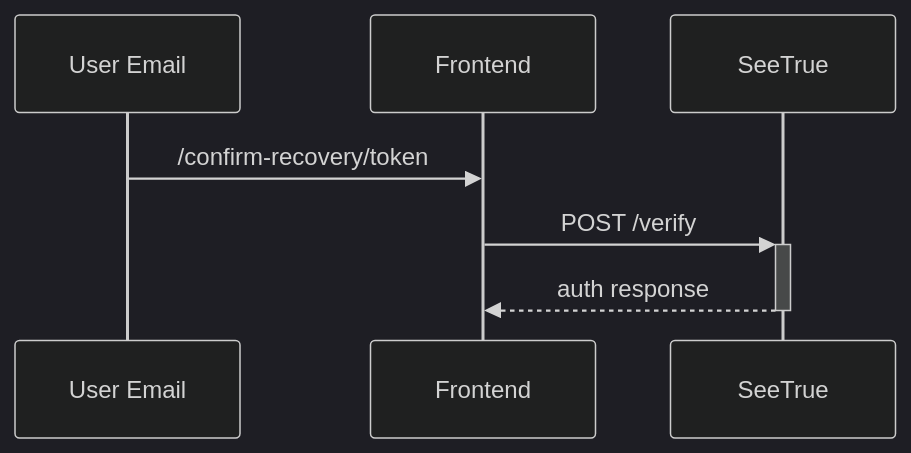
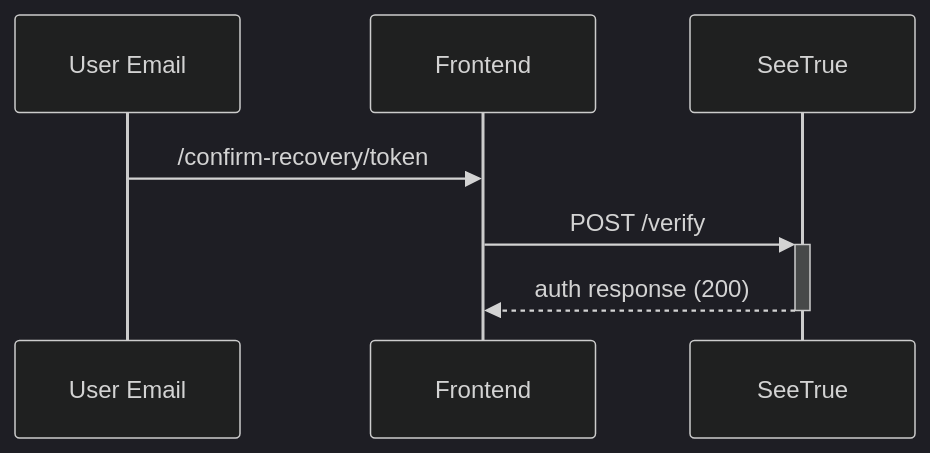
The fifth of 10 diagrams in SeeTrue.API/docs/readme.template.md (TheOnlyBeardedBeast/SeeTrue), drawn with Mermaid (dark theme) before and after one commit. The commit also changed other lines of this file and 11 other files, not shown here.

````diff
--- a/SeeTrue.API/docs/readme.template.md
+++ b/SeeTrue.API/docs/readme.template.md
@@ -207,6 +207,6 @@
 ```mermaid
 sequenceDiagram
     User Email->>Frontend: /confirm-recovery/token
     Frontend->>+SeeTrue: POST /verify
-    SeeTrue-->>-Frontend: auth response
+    SeeTrue-->>-Frontend: auth response (200)
 ```
````
